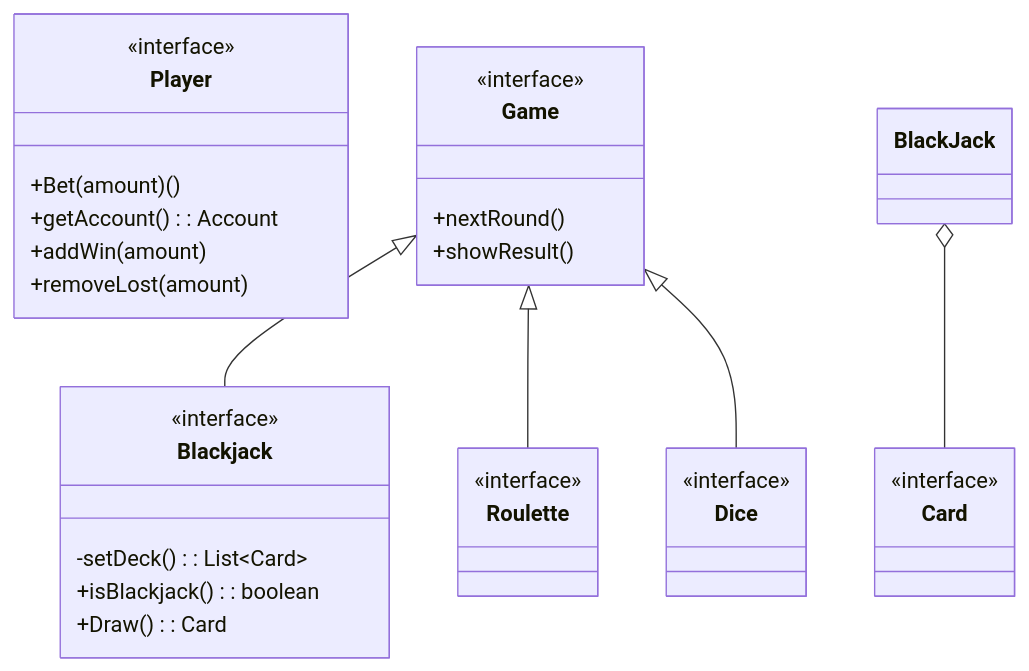
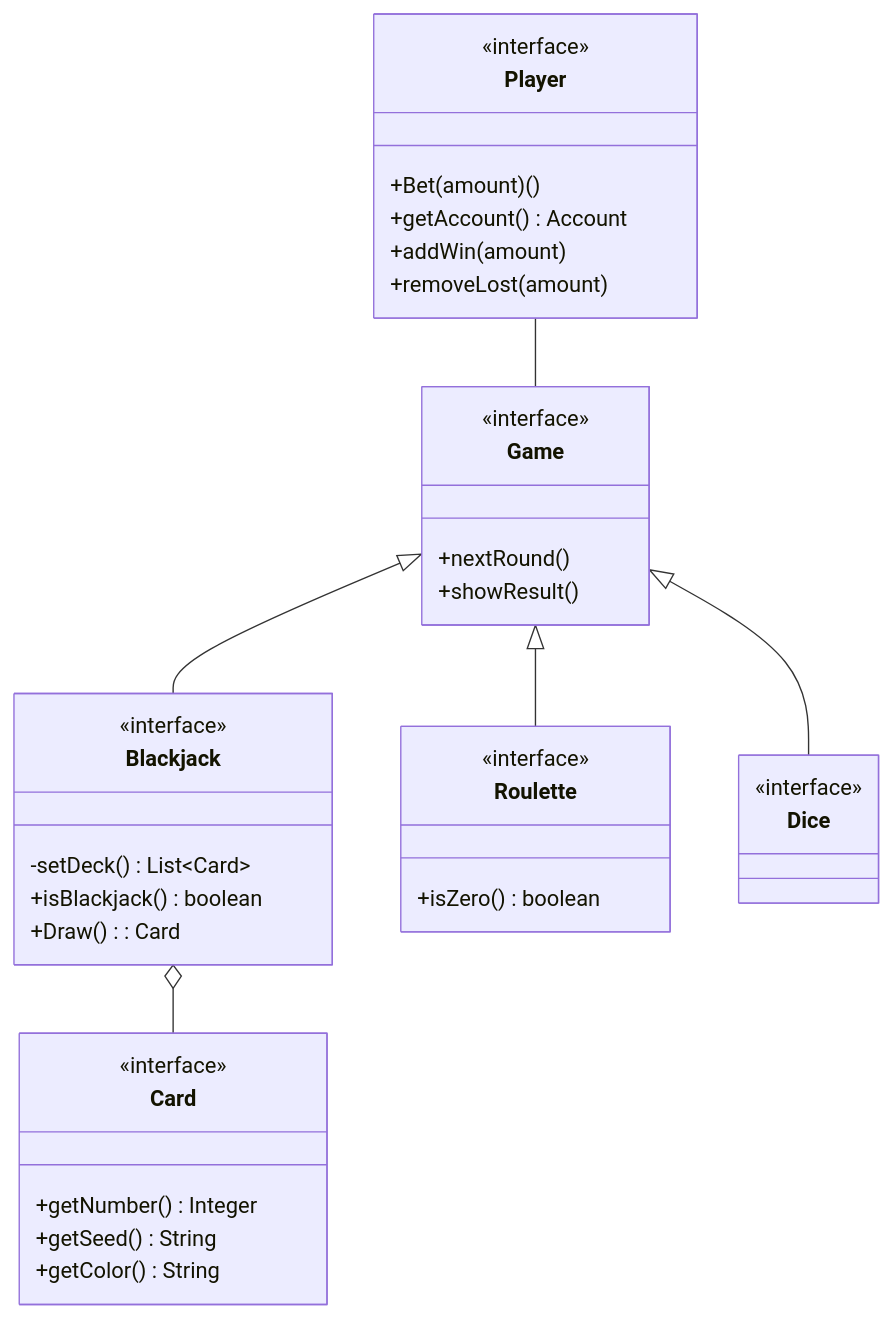
One commit to MatteoCalvanico/pss23-Calvanico-Monti-Ghinelli-VirtualCasino changed the first of 5 diagrams in README.md. Above: the diagram before and after it, drawn with Mermaid.

Commit message:
Update UML

````diff
--- a/README.md
+++ b/README.md
@@ -33,43 +33,47 @@
 ```mermaid
+
 classDiagram
 class Player {
     +Bet(amount)()
-    +getAccount(): Account
+    +getAccount() Account
     +addWin(amount)
     +removeLost(amount)
 }
 <<interface>> Player
 
 class Game {
     +nextRound()
     +showResult()    
 }
 <<interface>> Game
 
 class Blackjack {
-    -setDeck(): List~Card~
-    +isBlackjack(): boolean
+    -setDeck() List~Card~
+    +isBlackjack() boolean
     +Draw(): Card
 }
 <<interface>> Blackjack
 
 class Card {
-
+    +getNumber() Integer
+    +getSeed() String
+    +getColor() String
 }
 <<interface>> Card
 
 class Roulette {
-
+    +isZero() boolean 
 }
 <<interface>> Roulette
 
 class Dice {
-
+    
 }
 <<interface>> Dice
 
+Player -- Game
 Game <|-- Blackjack
 Game <|-- Roulette
 Game <|-- Dice
-BlackJack o-- Card
+Blackjack o-- Card
 ```
````
